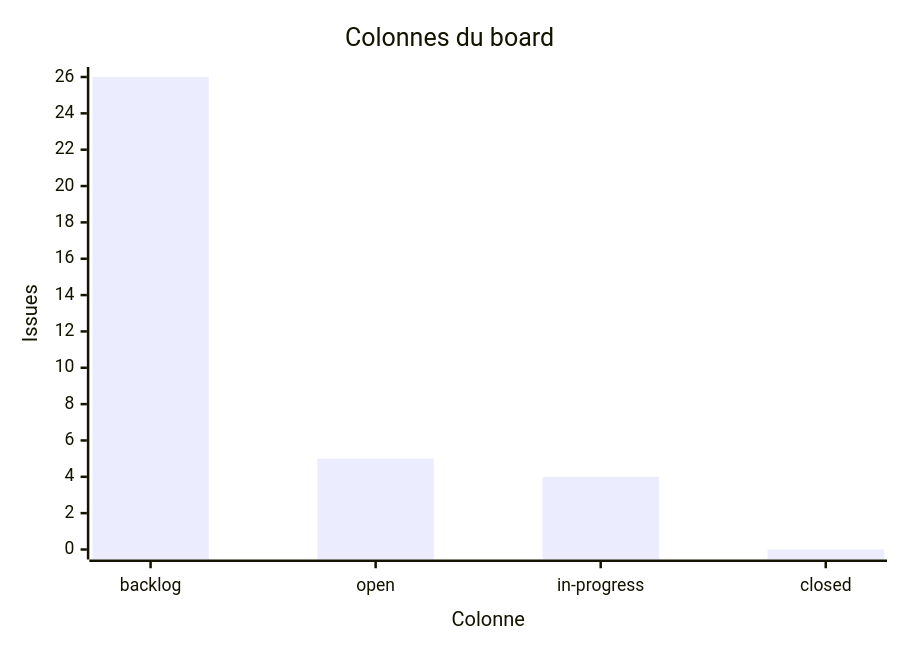
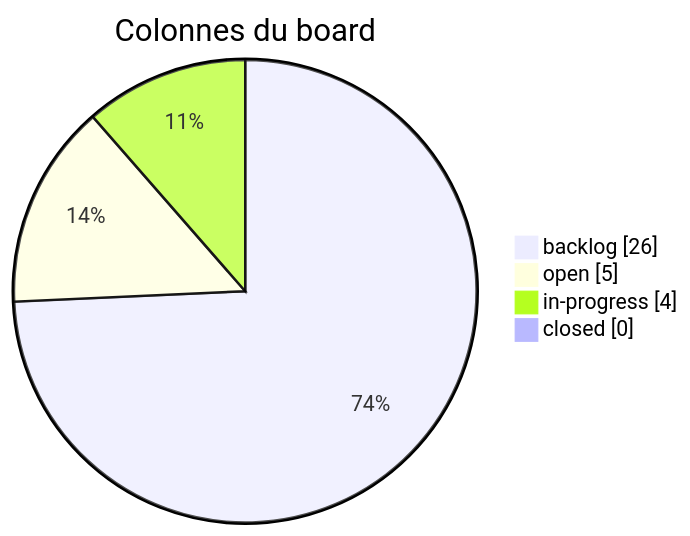
The first of 6 diagrams in modules/M40.projet-test.md (Gooseppr/GevOps_LC), drawn with Mermaid before and after one commit. The commit also changed other lines of this file, not shown here.

````diff
--- a/modules/M40.projet-test.md
+++ b/modules/M40.projet-test.md
@@ -26,7 +26,8 @@
 ```mermaid
-xychart
-    title "Colonnes du board"
-    x-axis "Colonne" ["backlog", "open", "in-progress", "closed"]
-    y-axis "Issues" 0 --> 26
-    bar [26, 5, 4, 0]
+pie showData
+    title Colonnes du board
+    "backlog" : 26
+    "open" : 5
+    "in-progress" : 4
+    "closed" : 0
 ```
````
